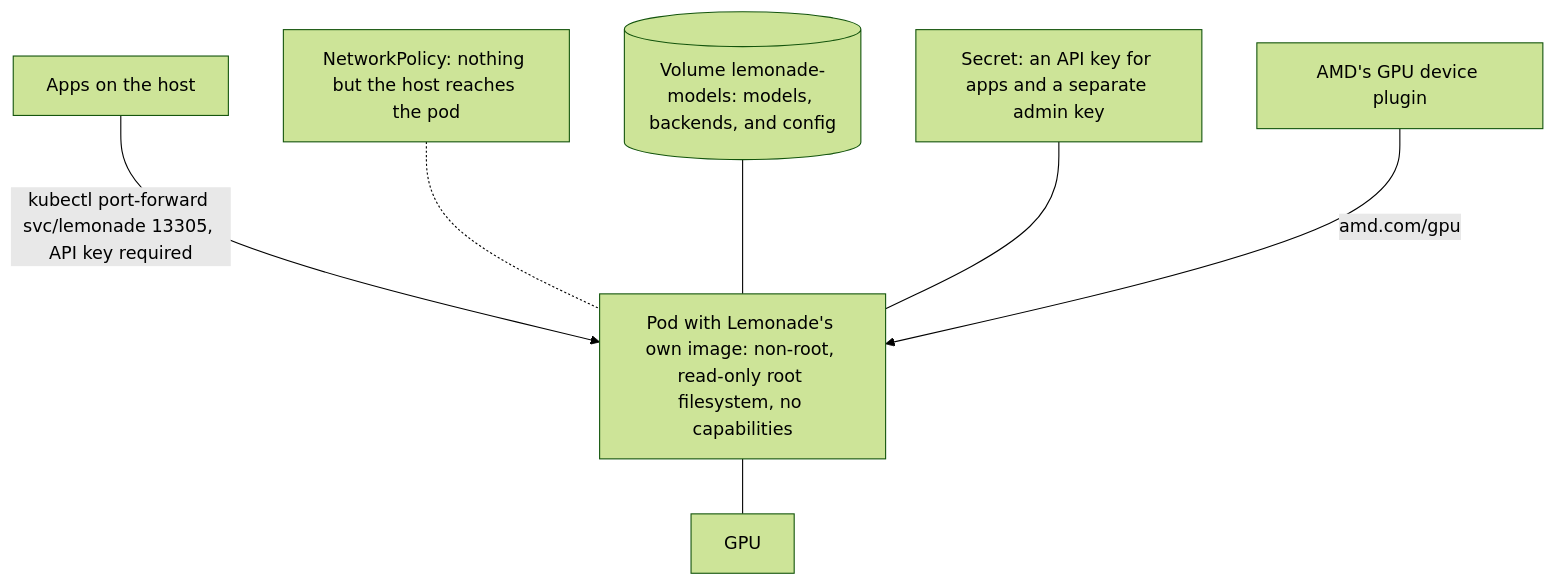
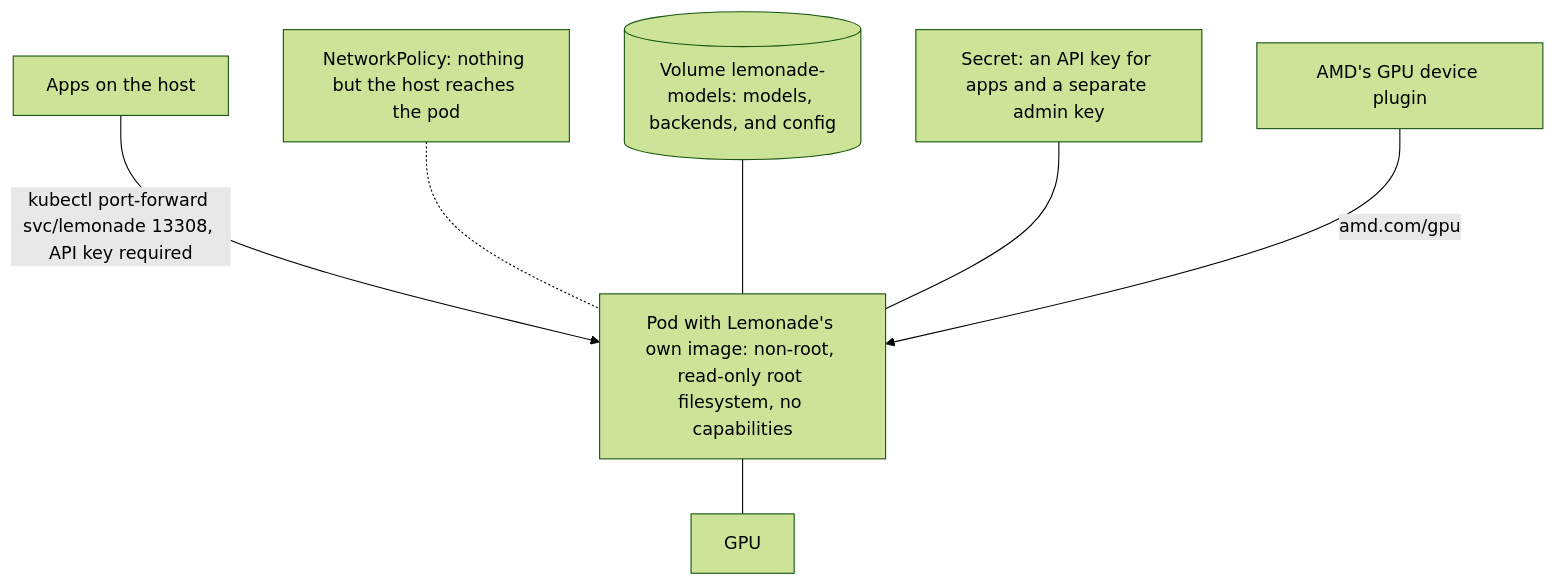
One commit to lemonade-sdk/lemon8s changed the second of 2 diagrams in docs/playbooks/lemonade-on-kubernetes.md. Above: the diagram before and after it, drawn with Mermaid (forest theme). The commit also changed other lines of this file and 15 other files, not shown here.

First line of the commit message:
Run the end-to-end tests in CI, make the chart configurable, and give lemon8s its own port (#2)

````diff
--- a/docs/playbooks/lemonade-on-kubernetes.md
+++ b/docs/playbooks/lemonade-on-kubernetes.md
@@ -20,9 +20,9 @@
 ```mermaid
 flowchart TB
-  apps["Apps on the host"] -->|"kubectl port-forward svc/lemonade 13305, API key required"| pod["Pod with Lemonade's own image: non-root, read-only root filesystem, no capabilities"]
+  apps["Apps on the host"] -->|"kubectl port-forward svc/lemonade 13308, API key required"| pod["Pod with Lemonade's own image: non-root, read-only root filesystem, no capabilities"]
   policy["NetworkPolicy: nothing but the host reaches the pod"] -.- pod
   volume[("Volume lemonade-models: models, backends, and config")] --- pod
   secret["Secret: an API key for apps and a separate admin key"] --- pod
   plugin["AMD's GPU device plugin"] -->|"amd.com/gpu"| pod
   pod --- gpu["GPU"]
 ```
````
